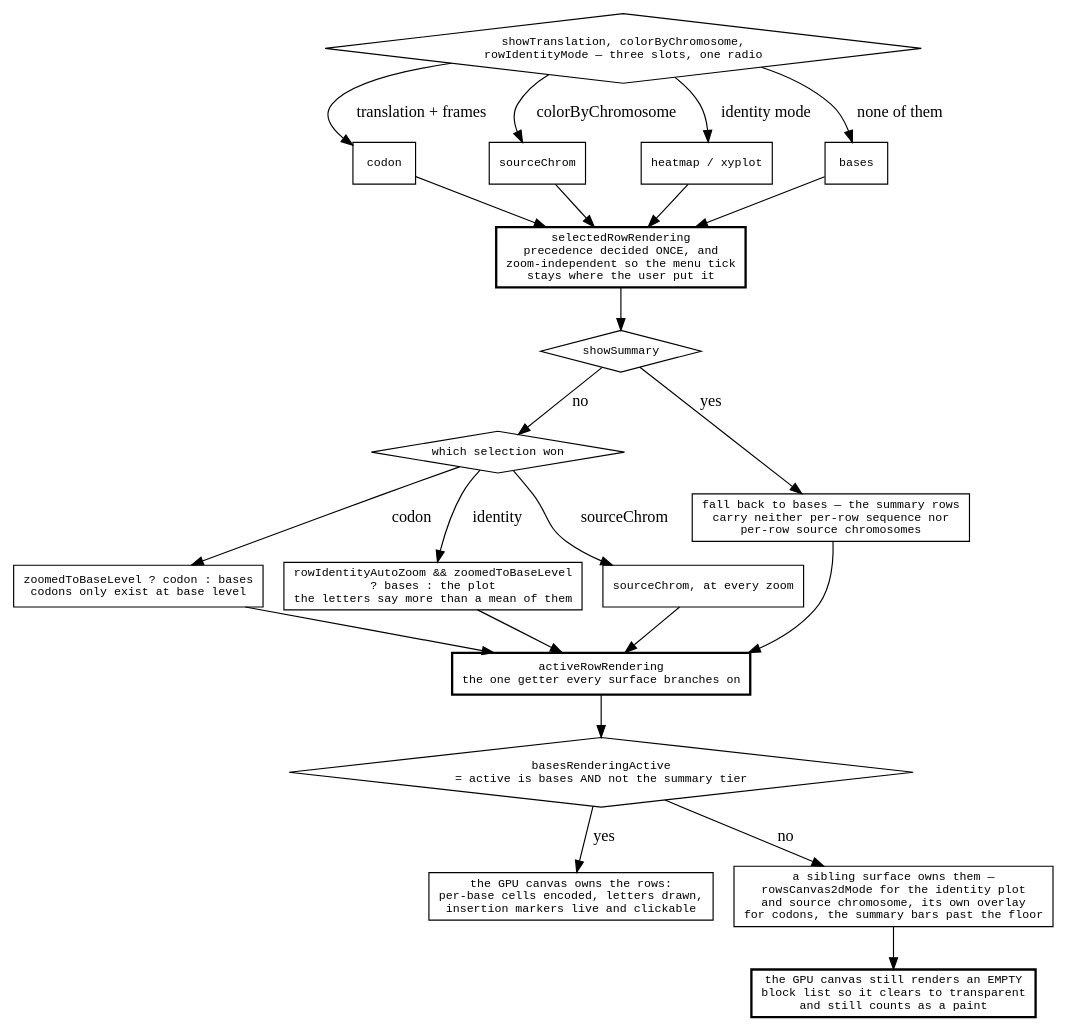
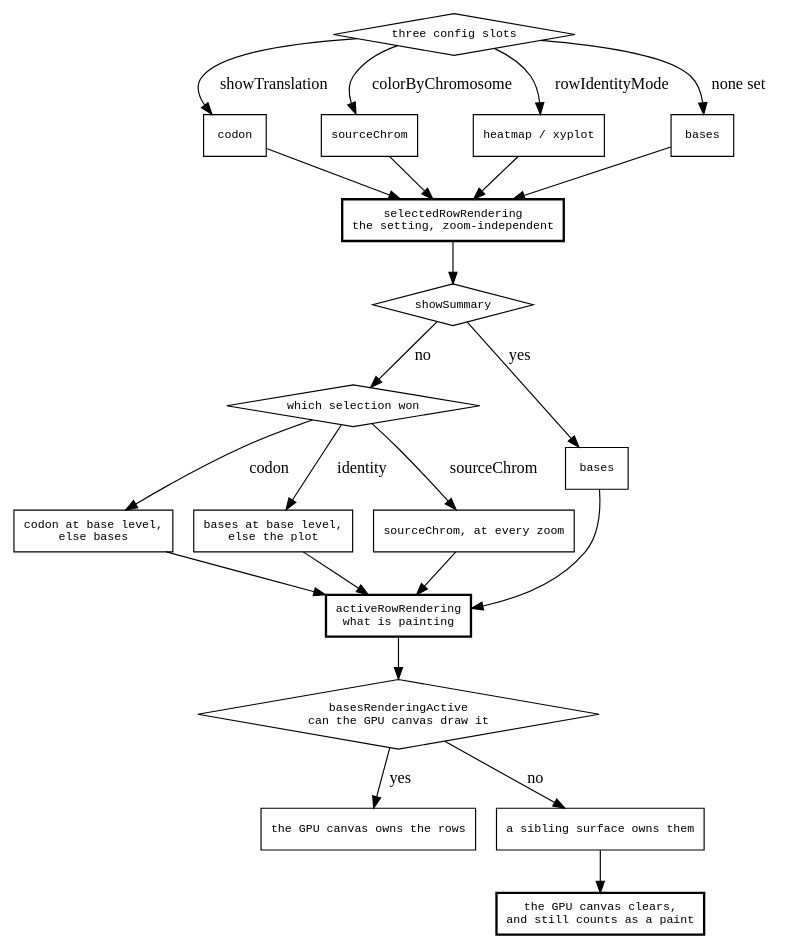
Before and after one commit to GMOD/jbrowse-components: the diagram in agent-docs/mechanisms/diagrams/maf-rendering.dot, drawn with Graphviz. The commit also changed 16 other files, not shown here.

```diff
--- a/agent-docs/mechanisms/diagrams/maf-rendering.dot
+++ b/agent-docs/mechanisms/diagrams/maf-rendering.dot
@@ -1,45 +1,45 @@
 digraph maf_rendering {
   rankdir=TB
   node [shape=box fontname=monospace fontsize=10]
   { node [shape=diamond] slots; summaryTier; kind; base }
 
-  slots [label="showTranslation, colorByChromosome,\nrowIdentityMode — three slots, one radio"]
-  slots -> codon  [label=" translation + frames"]
-  slots -> chrom  [label=" colorByChromosome"]
-  slots -> ident  [label=" identity mode"]
-  slots -> bases  [label=" none of them"]
+  slots [label="three config slots"]
+  slots -> codon [label=" showTranslation"]
+  slots -> chrom [label=" colorByChromosome"]
+  slots -> ident [label=" rowIdentityMode"]
+  slots -> bases [label=" none set"]
   codon [label="codon"]
   chrom [label="sourceChrom"]
   ident [label="heatmap / xyplot"]
   bases [label="bases"]
 
-  selected [label="selectedRowRendering\nprecedence decided ONCE, and\nzoom-independent so the menu tick\nstays where the user put it", style=bold]
+  selected [label="selectedRowRendering\nthe setting, zoom-independent", style=bold]
   codon -> selected  chrom -> selected  ident -> selected  bases -> selected
 
   summaryTier [label="showSummary"]
   selected -> summaryTier
   summaryTier -> fallback [label=" yes"]
   summaryTier -> kind     [label=" no"]
-  fallback [label="fall back to bases — the summary rows\ncarry neither per-row sequence nor\nper-row source chromosomes"]
+  fallback [label="bases"]
 
   kind [label="which selection won"]
   kind -> codonZoom [label=" codon"]
   kind -> identZoom [label=" identity"]
   kind -> chrom2    [label=" sourceChrom"]
-  codonZoom [label="zoomedToBaseLevel ? codon : bases\ncodons only exist at base level"]
-  identZoom [label="rowIdentityAutoZoom && zoomedToBaseLevel\n? bases : the plot\nthe letters say more than a mean of them"]
+  codonZoom [label="codon at base level,\nelse bases"]
+  identZoom [label="bases at base level,\nelse the plot"]
   chrom2 [label="sourceChrom, at every zoom"]
 
-  active [label="activeRowRendering\nthe one getter every surface branches on", style=bold]
+  active [label="activeRowRendering\nwhat is painting", style=bold]
   fallback -> active  codonZoom -> active  identZoom -> active  chrom2 -> active
 
-  base [label="basesRenderingActive\n= active is bases AND not the summary tier"]
+  base [label="basesRenderingActive\ncan the GPU canvas draw it"]
   active -> base
   base -> gpu   [label=" yes"]
   base -> other [label=" no"]
-  gpu [label="the GPU canvas owns the rows:\nper-base cells encoded, letters drawn,\ninsertion markers live and clickable"]
-  other [label="a sibling surface owns them —\nrowsCanvas2dMode for the identity plot\nand source chromosome, its own overlay\nfor codons, the summary bars past the floor"]
+  gpu [label="the GPU canvas owns the rows"]
+  other [label="a sibling surface owns them"]
 
-  clear [label="the GPU canvas still renders an EMPTY\nblock list so it clears to transparent\nand still counts as a paint", style=bold]
+  clear [label="the GPU canvas clears,\nand still counts as a paint", style=bold]
   other -> clear
 }
```
